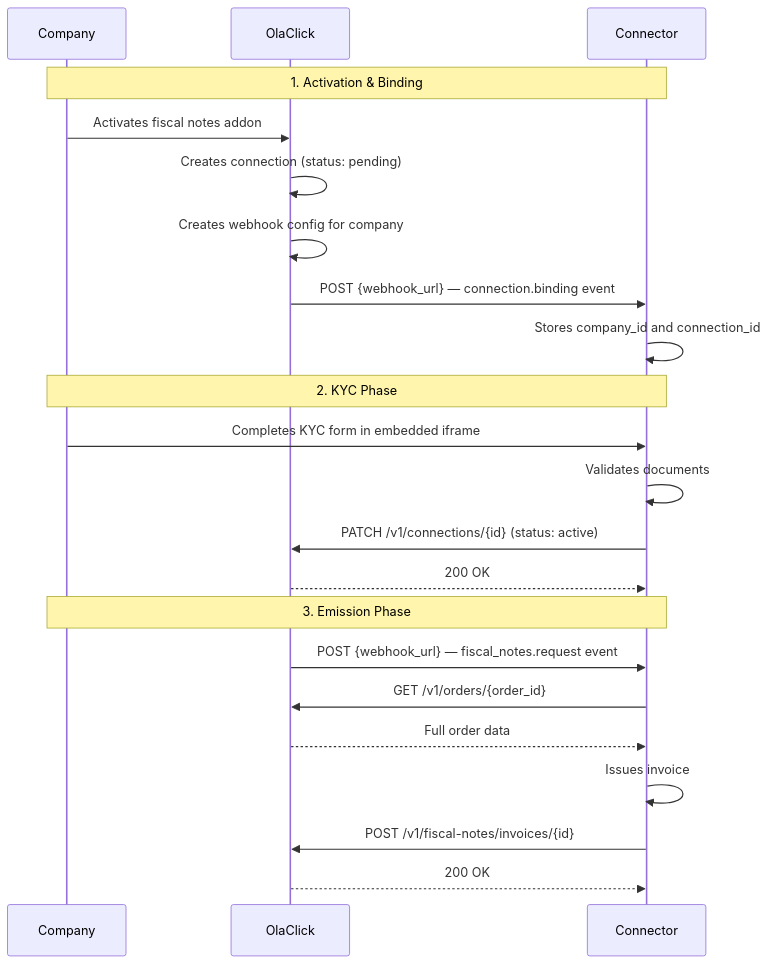
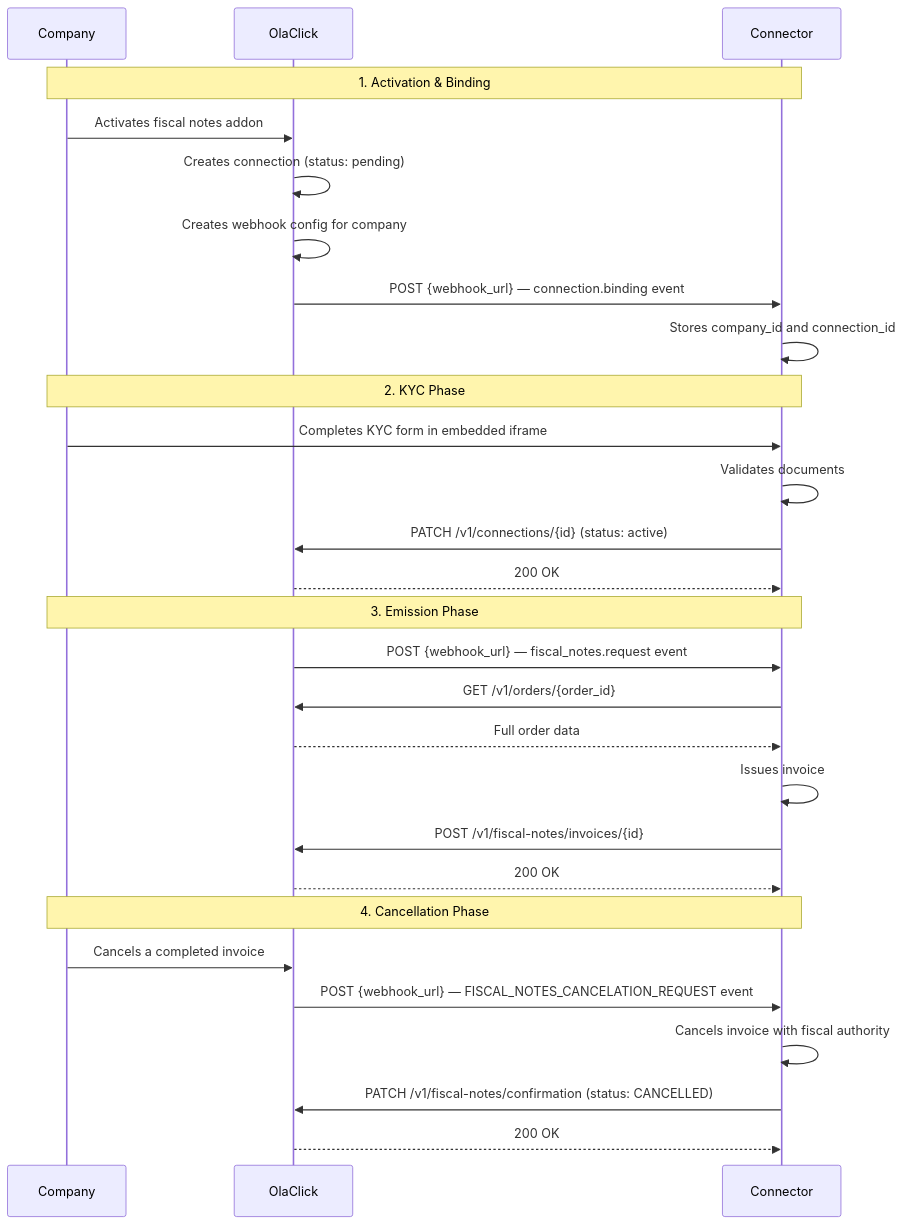
The diagram in docs/modules/fiscal-notes/onboarding.md (estefanno18/olaclick-partners-landing-page), drawn with Mermaid before and after one commit. The commit also changed other lines of this file and 3 other files, not shown here.

Commit message:
cancellation flow

````diff
--- a/docs/modules/fiscal-notes/onboarding.md
+++ b/docs/modules/fiscal-notes/onboarding.md
@@ -12,30 +12,38 @@
 ```mermaid
 sequenceDiagram
     participant Company as Company
     participant OlaClick as OlaClick
     participant Connector as Connector
 
     Note over Company,Connector: 1. Activation & Binding
 
     Company->>OlaClick: Activates fiscal notes addon
     OlaClick->>OlaClick: Creates connection (status: pending)
     OlaClick->>OlaClick: Creates webhook config for company
     OlaClick->>Connector: POST {webhook_url} — connection.binding event
     Connector->>Connector: Stores company_id and connection_id
 
     Note over Company,Connector: 2. KYC Phase
 
     Company->>Connector: Completes KYC form in embedded iframe
     Connector->>Connector: Validates documents
     Connector->>OlaClick: PATCH /v1/connections/{id} (status: active)
     OlaClick-->>Connector: 200 OK
 
     Note over Company,Connector: 3. Emission Phase
 
     OlaClick->>Connector: POST {webhook_url} — fiscal_notes.request event
     Connector->>OlaClick: GET /v1/orders/{order_id}
     OlaClick-->>Connector: Full order data
     Connector->>Connector: Issues invoice
     Connector->>OlaClick: POST /v1/fiscal-notes/invoices/{id}
     OlaClick-->>Connector: 200 OK
+
+    Note over Company,Connector: 4. Cancellation Phase
+
+    Company->>OlaClick: Cancels a completed invoice
+    OlaClick->>Connector: POST {webhook_url} — FISCAL_NOTES_CANCELATION_REQUEST event
+    Connector->>Connector: Cancels invoice with fiscal authority
+    Connector->>OlaClick: PATCH /v1/fiscal-notes/confirmation (status: CANCELLED)
+    OlaClick-->>Connector: 200 OK
 ```
````
